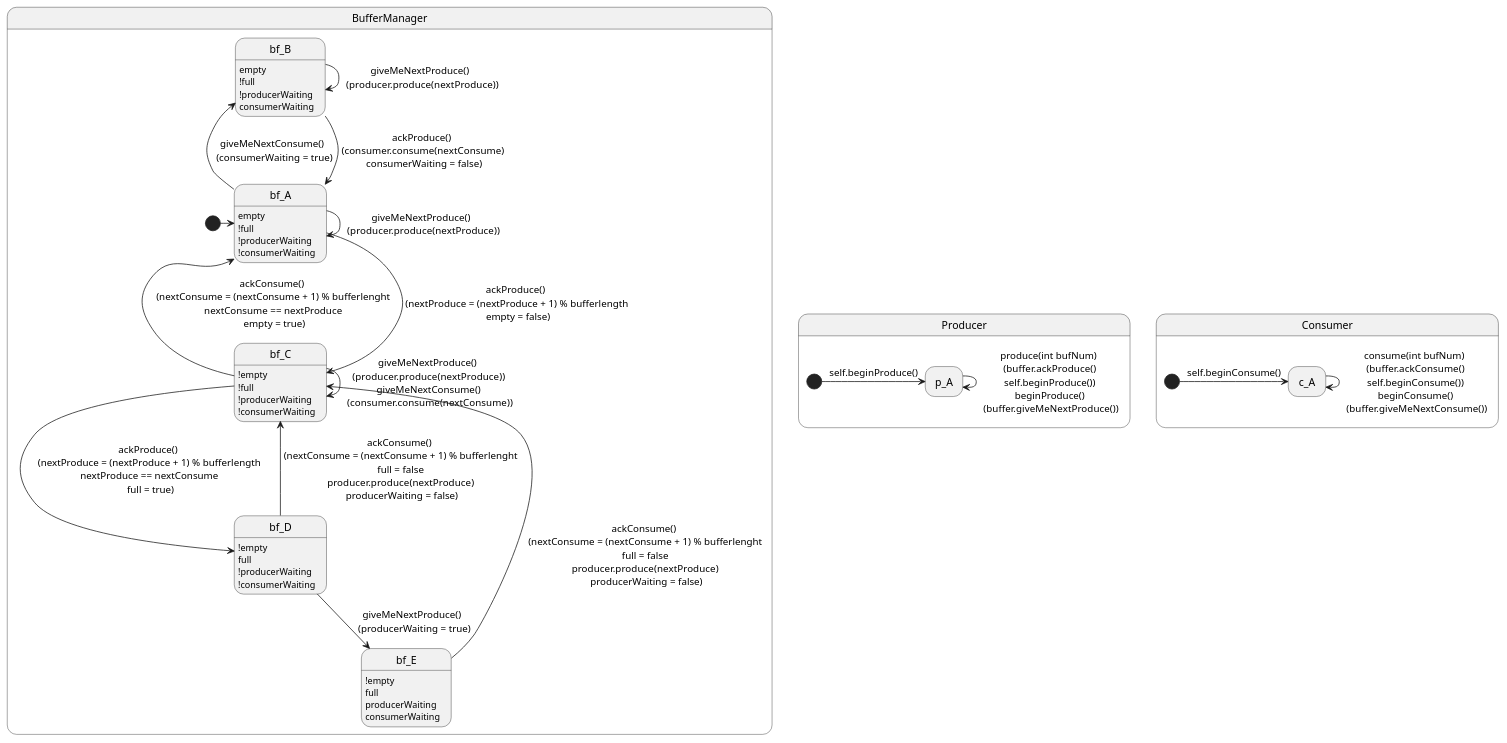
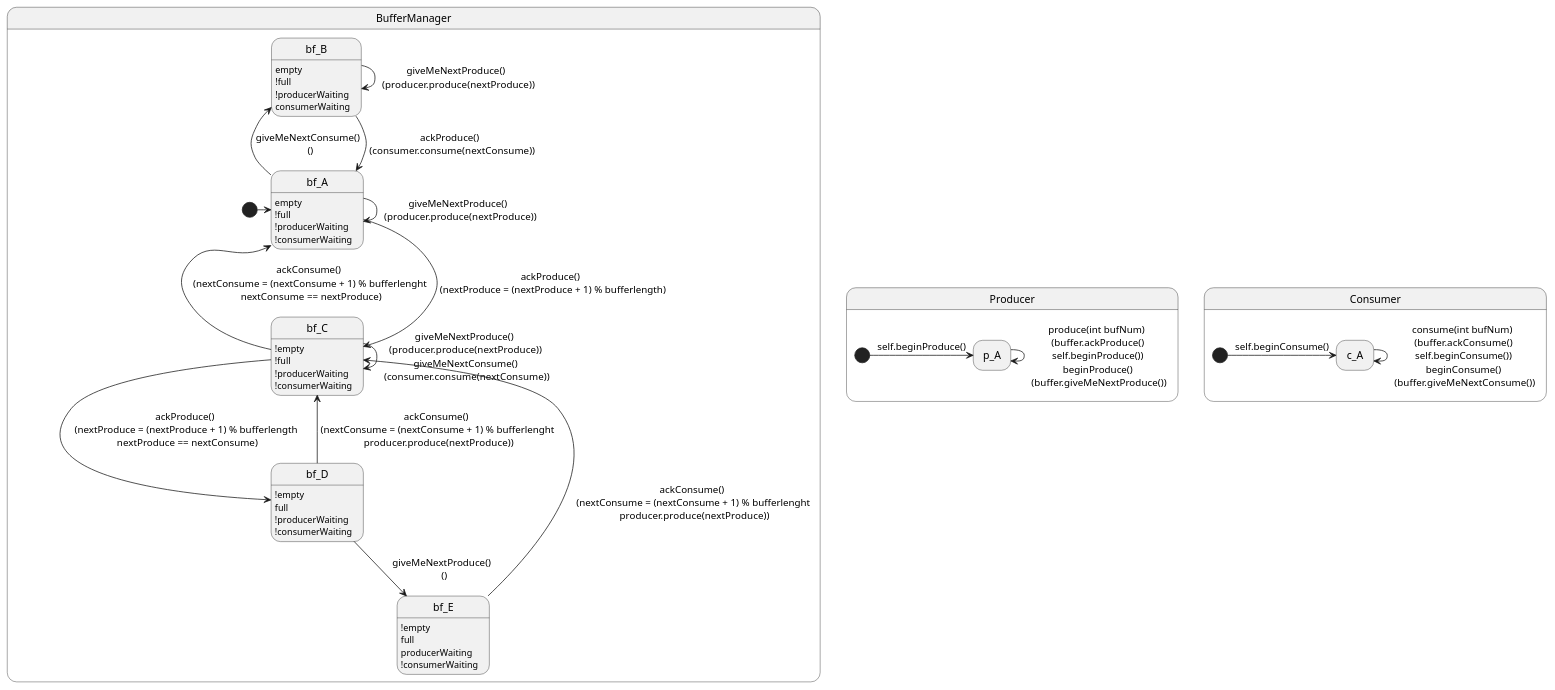
The diagram in ModelTranslations/ProducerConsumer/ProducerConsumer.plantuml (gnowin/UML-To-Rebecca-Dataset), drawn with PlantUML before and after one commit.

Commit message:
fixed some errors  in buffermanager

```diff
--- a/ModelTranslations/ProducerConsumer/ProducerConsumer.plantuml
+++ b/ModelTranslations/ProducerConsumer/ProducerConsumer.plantuml
@@ -1,68 +1,68 @@
 @startuml
 
 hide empty description
 
 state BufferManager {
     state bf_A : empty
     state bf_A : !full
     state bf_A : !producerWaiting
     state bf_A : !consumerWaiting
 
     state bf_B : empty
     state bf_B : !full
     state bf_B : !producerWaiting
     state bf_B : consumerWaiting
 
     state bf_C : !empty
     state bf_C : !full
     state bf_C : !producerWaiting
     state bf_C : !consumerWaiting
 
     state bf_D : !empty
     state bf_D : full
     state bf_D : !producerWaiting
     state bf_D : !consumerWaiting
 
     state bf_E : !empty
     state bf_E : full
     state bf_E : producerWaiting
-    state bf_E : consumerWaiting
+    state bf_E : !consumerWaiting
 
     
     [*] -> bf_A
 
     bf_A -> bf_A : giveMeNextProduce() \n (producer.produce(nextProduce))
 
-    bf_A -up-> bf_B : giveMeNextConsume() \n (consumerWaiting = true)
-    bf_B -down-> bf_A : ackProduce() \n (consumer.consume(nextConsume) \n consumerWaiting = false)
+    bf_A -up-> bf_B : giveMeNextConsume() \n ()
+    bf_B -down-> bf_A : ackProduce() \n (consumer.consume(nextConsume))
    
     bf_B -> bf_B : giveMeNextProduce() \n (producer.produce(nextProduce))
 
-    bf_A --> bf_C : ackProduce() \n (nextProduce = (nextProduce + 1) % bufferlength \n empty = false)
-    bf_C -left-> bf_A : ackConsume() \n (nextConsume = (nextConsume + 1) % bufferlenght \n nextConsume == nextProduce \n empty = true)
+    bf_A --> bf_C : ackProduce() \n (nextProduce = (nextProduce + 1) % bufferlength)
+    bf_C -left-> bf_A : ackConsume() \n (nextConsume = (nextConsume + 1) % bufferlenght \n nextConsume == nextProduce)
 
     bf_C -> bf_C : giveMeNextProduce() \n (producer.produce(nextProduce)) \n giveMeNextConsume() \n (consumer.consume(nextConsume))
 
-    bf_C --> bf_D : ackProduce() \n (nextProduce = (nextProduce + 1) % bufferlength \n nextProduce == nextConsume \n full = true)
-    bf_D --> bf_C : ackConsume() \n (nextConsume = (nextConsume + 1) % bufferlenght \n full = false \n producer.produce(nextProduce) \n producerWaiting = false)
+    bf_C --> bf_D : ackProduce() \n (nextProduce = (nextProduce + 1) % bufferlength \n nextProduce == nextConsume)
+    bf_D --> bf_C : ackConsume() \n (nextConsume = (nextConsume + 1) % bufferlenght \n producer.produce(nextProduce))
 
-    bf_D --> bf_E : giveMeNextProduce() \n (producerWaiting = true)
-    bf_E --> bf_C : ackConsume() \n (nextConsume = (nextConsume + 1) % bufferlenght \n full = false \n producer.produce(nextProduce) \n producerWaiting = false)
+    bf_D --> bf_E : giveMeNextProduce() \n ()
+    bf_E --> bf_C : ackConsume() \n (nextConsume = (nextConsume + 1) % bufferlenght \n producer.produce(nextProduce))
 }
 
 state Producer{
 
     state p_A
 
     [*] -> p_A : self.beginProduce()
     p_A -> p_A : produce(int bufNum) \n (buffer.ackProduce() \n self.beginProduce()) \n beginProduce() \n (buffer.giveMeNextProduce())
 }
 
 state Consumer{
     state c_A
 
     [*] -> c_A : self.beginConsume()
     c_A -> c_A : consume(int bufNum) \n (buffer.ackConsume() \n self.beginConsume()) \n beginConsume() \n (buffer.giveMeNextConsume())
 }
 
 @enduml
```
